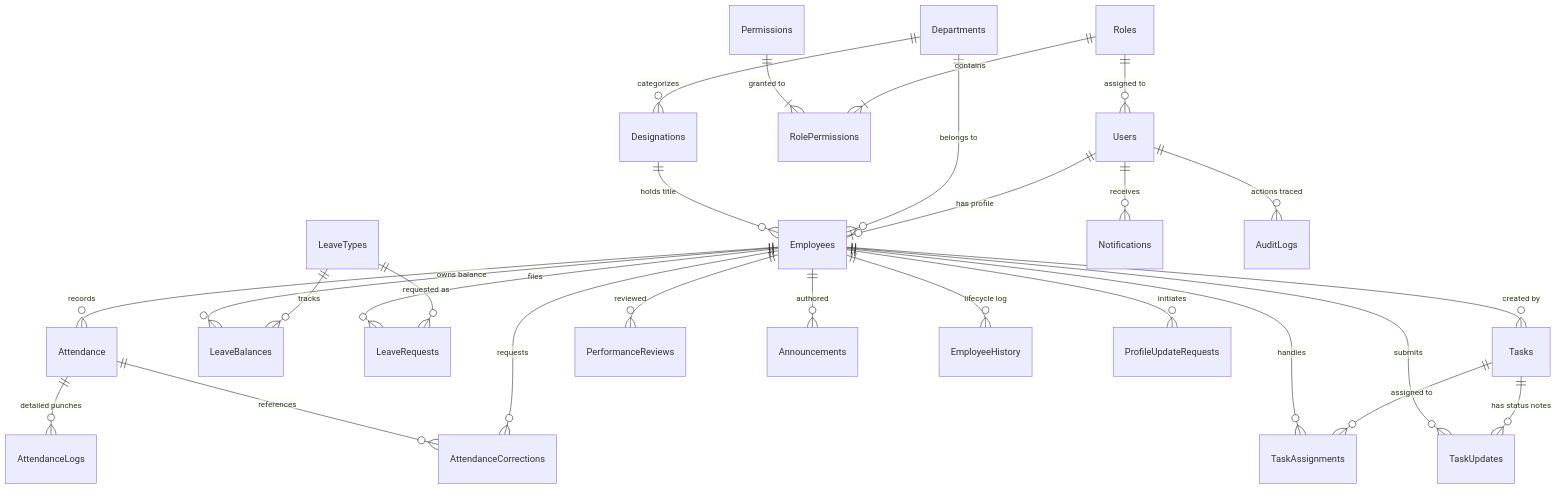
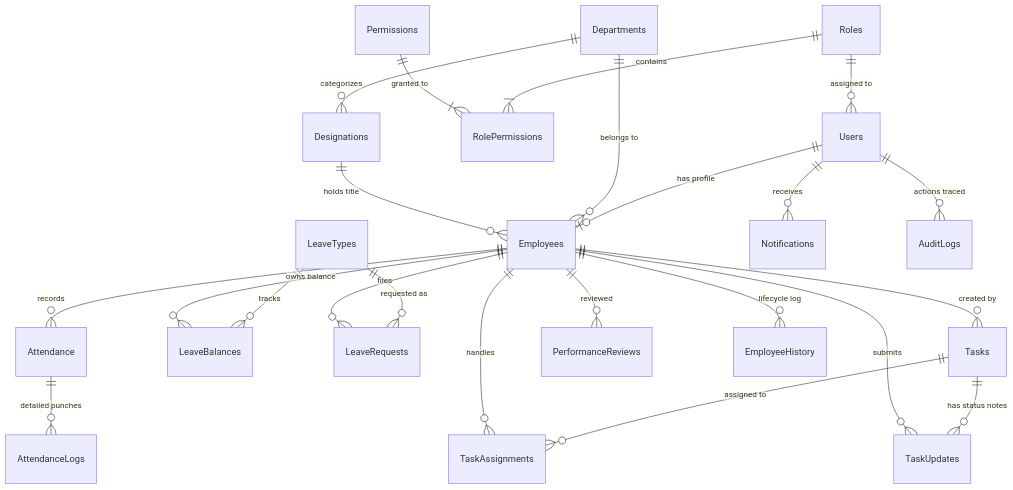
Before and after one commit to nidigondashivani-code/godavariwaves-dashboard: the second of 3 diagrams in architecture_blueprint.md, drawn with Mermaid. The commit also changed other lines of this file and 30 other files, not shown here.

Commit message:
feat: enable sidebar on attendance & leave pages; remove attendance corrections, profile requests, and announcements

````diff
--- a/architecture_blueprint.md
+++ b/architecture_blueprint.md
@@ -173,34 +172,30 @@
 ```mermaid
 erDiagram
     Users ||--o| Employees : "has profile"
     Roles ||--o{ Users : "assigned to"
     Roles ||--|{ RolePermissions : "contains"
     Permissions ||--|{ RolePermissions : "granted to"
 
     Departments ||--o{ Designations : "categorizes"
     Departments ||--o{ Employees : "belongs to"
     Designations ||--o{ Employees : "holds title"
 
     Employees ||--o{ Attendance : "records"
     Attendance ||--o{ AttendanceLogs : "detailed punches"
-    Employees ||--o{ AttendanceCorrections : "requests"
-    Attendance ||--o{ AttendanceCorrections : "references"
 
     LeaveTypes ||--o{ LeaveBalances : "tracks"
     LeaveTypes ||--o{ LeaveRequests : "requested as"
     Employees ||--o{ LeaveBalances : "owns balance"
     Employees ||--o{ LeaveRequests : "files"
 
     Employees ||--o{ Tasks : "created by"
     Tasks ||--o{ TaskAssignments : "assigned to"
     Employees ||--o{ TaskAssignments : "handles"
     Tasks ||--o{ TaskUpdates : "has status notes"
     Employees ||--o{ TaskUpdates : "submits"
 
     Employees ||--o{ PerformanceReviews : "reviewed"
-    Employees ||--o{ Announcements : "authored"
     Users ||--o{ Notifications : "receives"
     Employees ||--o{ EmployeeHistory : "lifecycle log"
-    Employees ||--o{ ProfileUpdateRequests : "initiates"
     Users ||--o{ AuditLogs : "actions traced"
 ```
````
